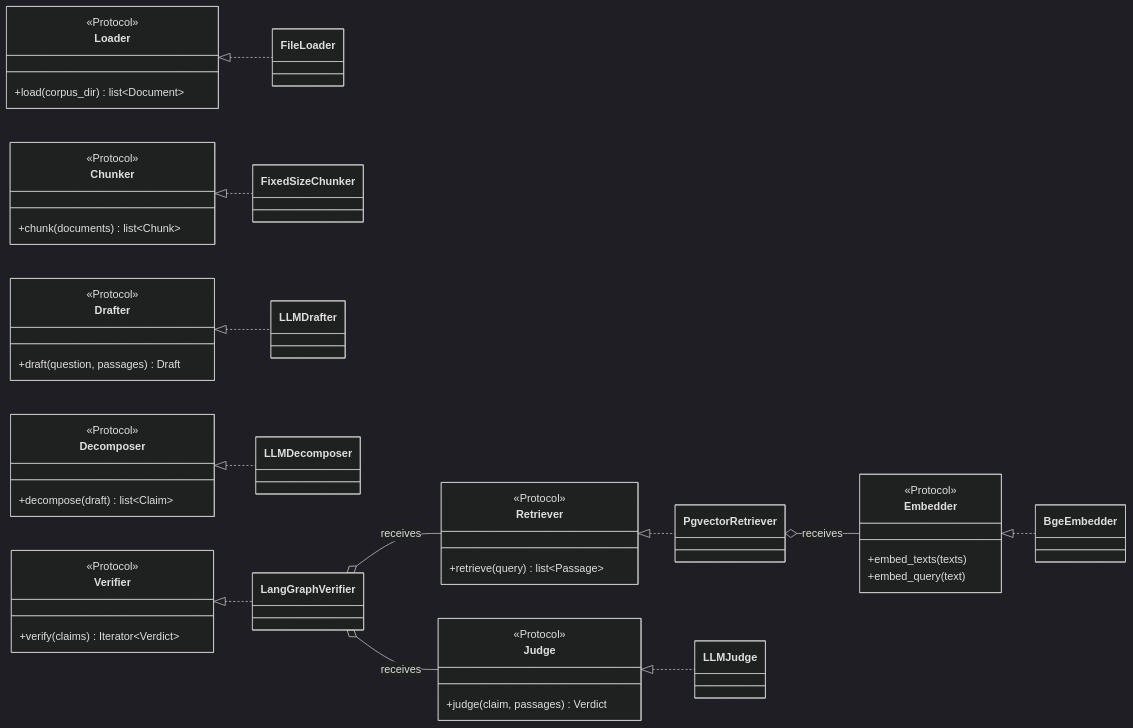
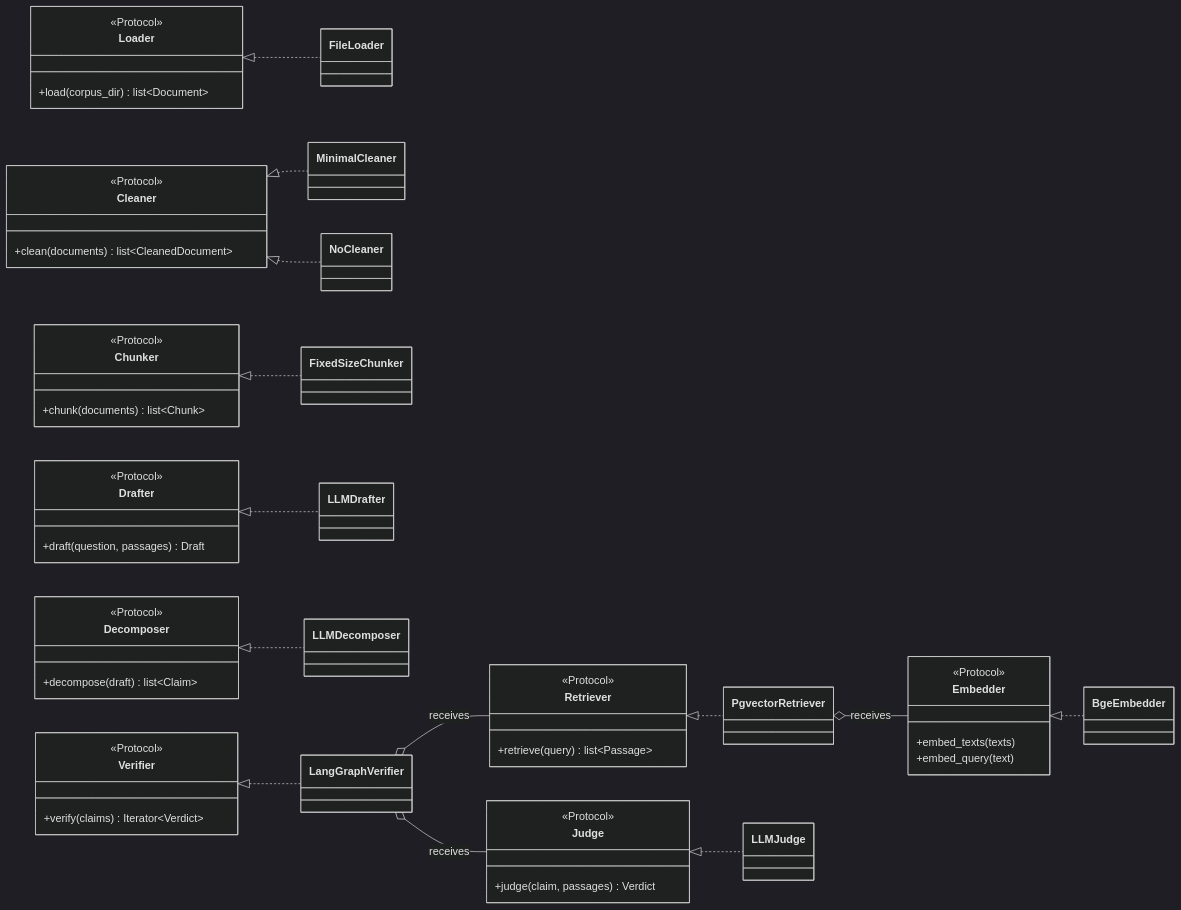
One commit to Benarbiaa/claim-verify-rag changed the fifth of 12 diagrams in docs/design.md. Above: the diagram before and after it, drawn with Mermaid (dark theme). The commit also changed other lines of this file and 4 other files, not shown here.

````diff
--- a/docs/design.md
+++ b/docs/design.md
@@ -186,50 +187,56 @@
 ```mermaid
 classDiagram
     direction LR
     class Loader {
         <<Protocol>>
         +load(corpus_dir) list~Document~
+    }
+    class Cleaner {
+        <<Protocol>>
+        +clean(documents) list~CleanedDocument~
     }
     class Chunker {
         <<Protocol>>
         +chunk(documents) list~Chunk~
     }
     class Embedder {
         <<Protocol>>
         +embed_texts(texts)
         +embed_query(text)
     }
     class Retriever {
         <<Protocol>>
         +retrieve(query) list~Passage~
     }
     class Drafter {
         <<Protocol>>
         +draft(question, passages) Draft
     }
     class Decomposer {
         <<Protocol>>
         +decompose(draft) list~Claim~
     }
     class Judge {
         <<Protocol>>
         +judge(claim, passages) Verdict
     }
     class Verifier {
         <<Protocol>>
         +verify(claims) Iterator~Verdict~
     }
 
     Loader <|.. FileLoader
+    Cleaner <|.. MinimalCleaner
+    Cleaner <|.. NoCleaner
     Chunker <|.. FixedSizeChunker
     Embedder <|.. BgeEmbedder
     Retriever <|.. PgvectorRetriever
     Drafter <|.. LLMDrafter
     Decomposer <|.. LLMDecomposer
     Judge <|.. LLMJudge
     Verifier <|.. LangGraphVerifier
 
     PgvectorRetriever o-- Embedder : receives
     LangGraphVerifier o-- Retriever : receives
     LangGraphVerifier o-- Judge : receives
 ```
````
